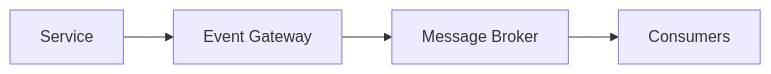
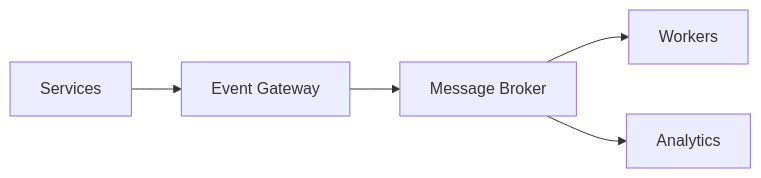
Before and after one commit to powerchain-protocol/checkout-sdk: the fifth of 6 diagrams in assets/architecture/README.md, drawn with Mermaid. The commit also changed other lines of this file, not shown here.

````diff
--- a/assets/architecture/README.md
+++ b/assets/architecture/README.md
@@ -592,17 +481,22 @@
 ```mermaid
 flowchart LR
 
-A[Service]
+SERVICE[Services]
 
-B[Event Gateway]
+EVENT[Event Gateway]
 
-C[Message Broker]
+QUEUE[Message Broker]
 
-D[Consumers]
+WORKER[Workers]
 
-A --> B
+ANALYTICS[Analytics]
 
-B --> C
 
-C --> D
+SERVICE --> EVENT
+
+EVENT --> QUEUE
+
+QUEUE --> WORKER
+
+QUEUE --> ANALYTICS
 ```
````
